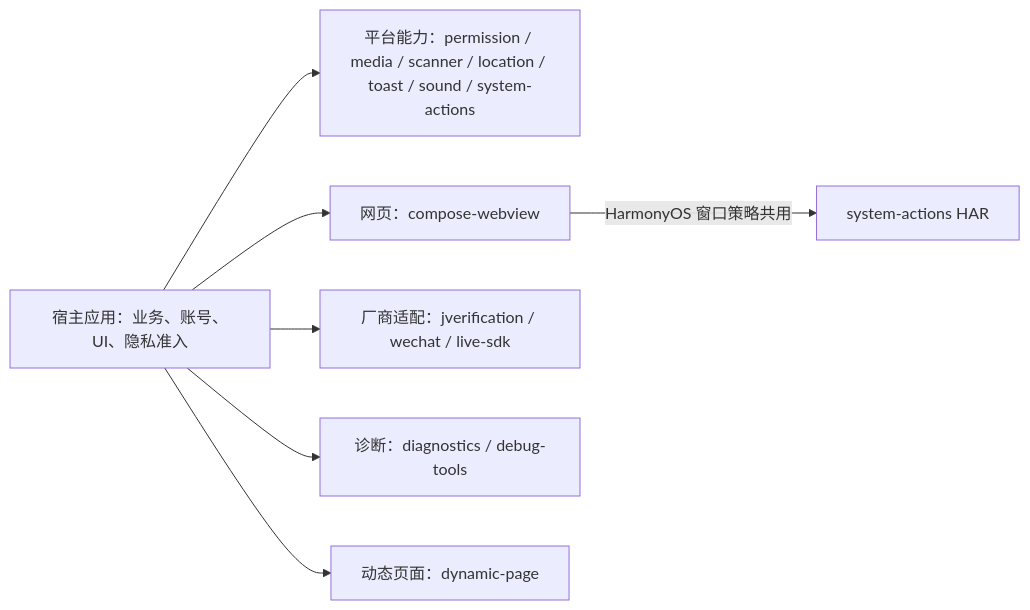
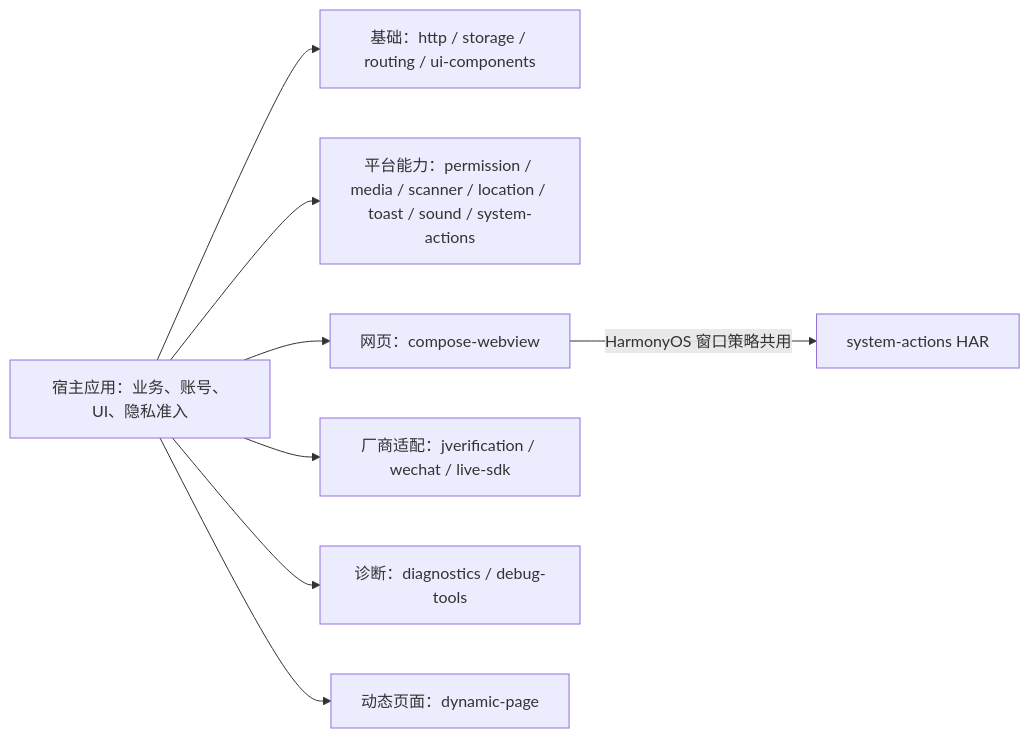
Before and after one commit to gycrosskit/.github: the first of 2 diagrams in profile/README.md, drawn with Mermaid. The commit also changed other lines of this file and 8 other files, not shown here.

````diff
--- a/profile/README.md
+++ b/profile/README.md
@@ -17,9 +11,10 @@
 ```mermaid
 flowchart LR
-    App["宿主应用：业务、账号、UI、隐私准入"] --> Platform["平台能力：permission / media / scanner / location / toast / sound / system-actions"]
+    App["宿主应用：业务、账号、UI、隐私准入"] --> Foundation["基础：http / storage / routing / ui-components"]
+    App --> Platform["平台能力：permission / media / scanner / location / toast / sound / system-actions"]
     App --> Web["网页：compose-webview"]
     App --> Vendor["厂商适配：jverification / wechat / live-sdk"]
     App --> Diagnostics["诊断：diagnostics / debug-tools"]
     App --> Dynamic["动态页面：dynamic-page"]
     Web -->|"HarmonyOS 窗口策略共用"| Window["system-actions HAR"]
 ```
````
